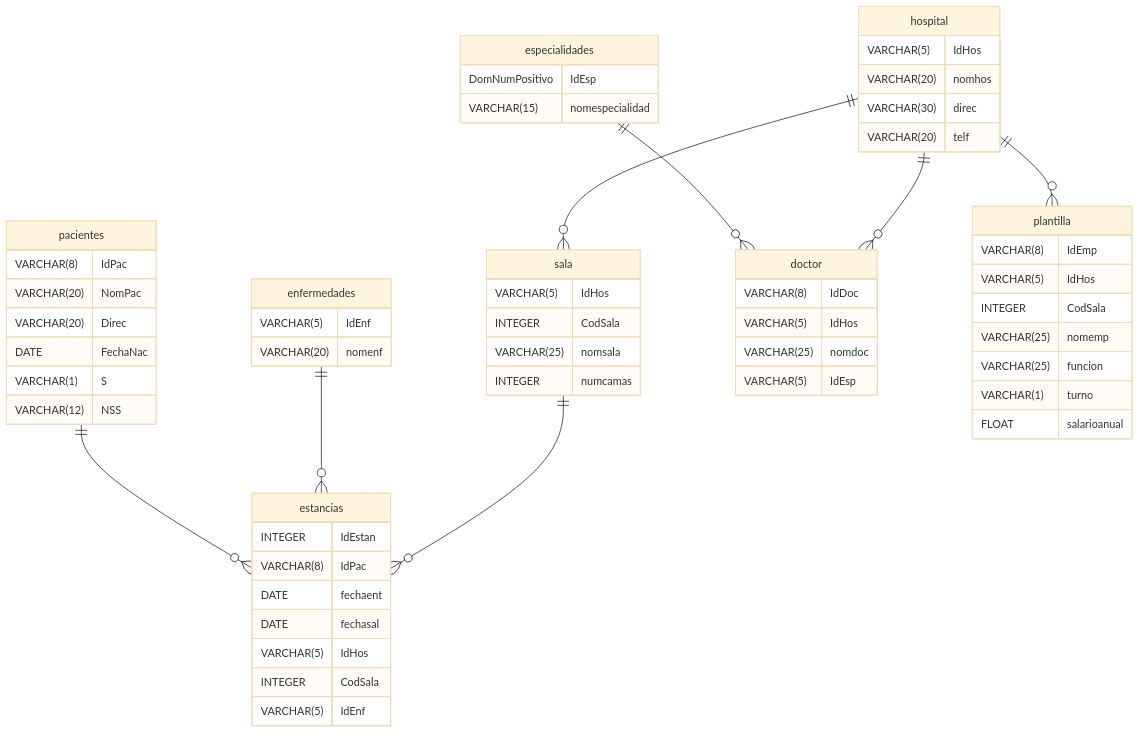
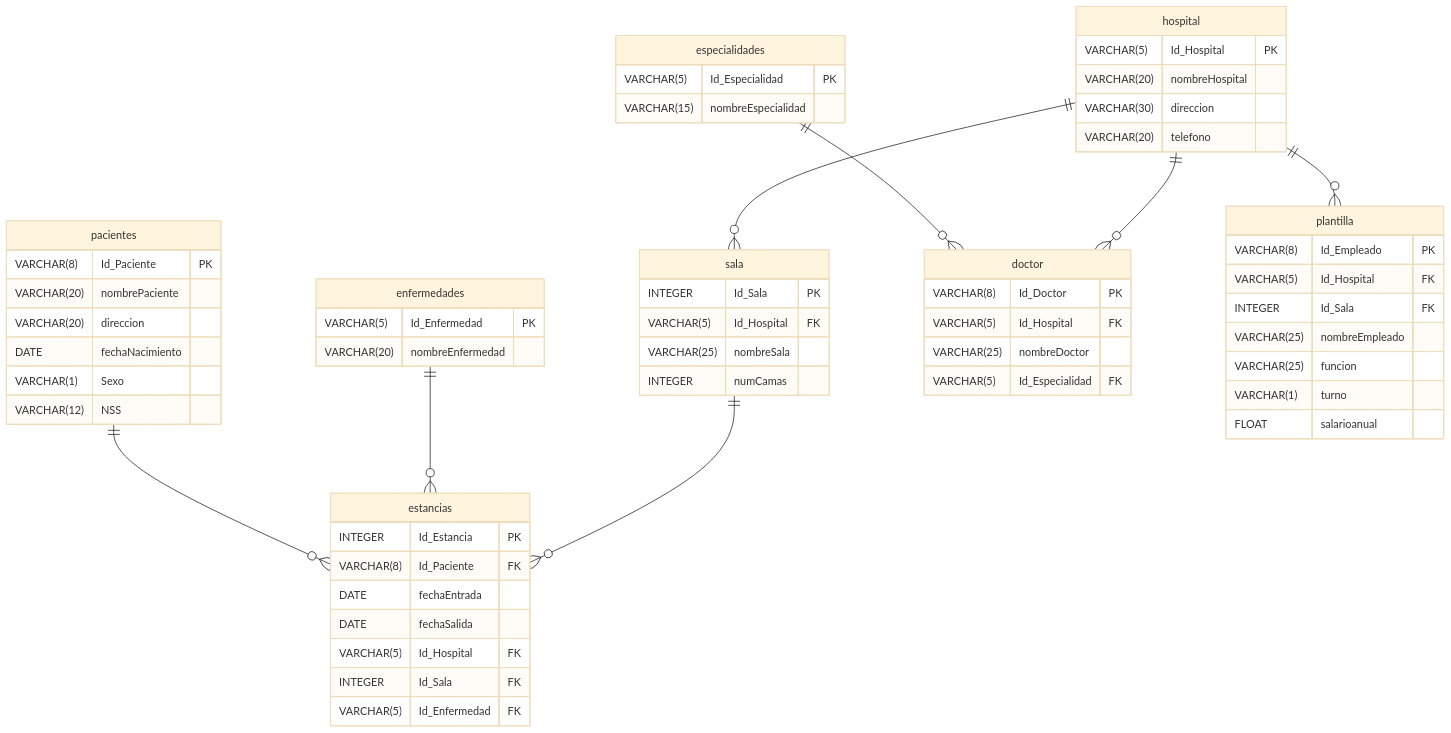
One commit to augustocristian/teaching-resources changed the second of 4 diagrams in EPIG-IND-ComputerScienceFundamentals/exercises/2_exercises_BBDD.md. Above: the diagram before and after it, drawn with Mermaid (base theme). The commit also changed other lines of this file and 6 other files, not shown here.

````diff
--- a/EPIG-IND-ComputerScienceFundamentals/exercises/2_exercises_BBDD.md
+++ b/EPIG-IND-ComputerScienceFundamentals/exercises/2_exercises_BBDD.md
@@ -135,72 +135,72 @@
 ```mermaid
 erDiagram
     hospital {
-        VARCHAR(5) IdHos
-        VARCHAR(20) nomhos
-        VARCHAR(30) direc
-        VARCHAR(20) telf
+        VARCHAR(5) Id_Hospital PK
+        VARCHAR(20) nombreHospital
+        VARCHAR(30) direccion
+        VARCHAR(20) telefono
     }
 
     pacientes {
-        VARCHAR(8) IdPac
-        VARCHAR(20) NomPac
-        VARCHAR(20) Direc
-        DATE FechaNac
-        VARCHAR(1) S
+        VARCHAR(8) Id_Paciente PK
+        VARCHAR(20) nombrePaciente
+        VARCHAR(20) direccion
+        DATE fechaNacimiento
+        VARCHAR(1) Sexo
         VARCHAR(12) NSS
     }
 
     enfermedades {
-        VARCHAR(5) IdEnf
-        VARCHAR(20) nomenf
+        VARCHAR(5) Id_Enfermedad PK
+        VARCHAR(20) nombreEnfermedad
     }
 
     estancias {
-        INTEGER IdEstan
-        VARCHAR(8) IdPac
-        DATE fechaent
-        DATE fechasal
-        VARCHAR(5) IdHos
-        INTEGER CodSala
-        VARCHAR(5) IdEnf
+        INTEGER Id_Estancia PK
+        VARCHAR(8) Id_Paciente FK
+        DATE fechaEntrada
+        DATE fechaSalida
+        VARCHAR(5) Id_Hospital FK
+        INTEGER Id_Sala FK
+        VARCHAR(5) Id_Enfermedad FK
     }
 
     sala {
-        VARCHAR(5) IdHos
-        INTEGER CodSala
-        VARCHAR(25) nomsala
-        INTEGER numcamas
+        INTEGER Id_Sala PK
+        VARCHAR(5) Id_Hospital FK
+        VARCHAR(25) nombreSala
+        INTEGER numCamas
     }
 
     doctor {
-        VARCHAR(8) IdDoc
-        VARCHAR(5) IdHos
-        VARCHAR(25) nomdoc
-        VARCHAR(5) IdEsp
+        VARCHAR(8) Id_Doctor PK
+        VARCHAR(5) Id_Hospital FK
+        VARCHAR(25) nombreDoctor
+        VARCHAR(5) Id_Especialidad FK
     }
 
     plantilla {
-        VARCHAR(8) IdEmp
-        VARCHAR(5) IdHos
-        INTEGER CodSala
-        VARCHAR(25) nomemp
+        VARCHAR(8) Id_Empleado PK
+        VARCHAR(5) Id_Hospital FK
+        INTEGER Id_Sala FK
+        VARCHAR(25) nombreEmpleado
         VARCHAR(25) funcion
         VARCHAR(1) turno
         FLOAT salarioanual
     }
 
     especialidades {
-        DomNumPositivo IdEsp
-        VARCHAR(15) nomespecialidad
+        VARCHAR(5) Id_Especialidad PK
+        VARCHAR(15) nombreEspecialidad
     }
 
 %% Relaciones
     especialidades ||--o{ doctor: ""
     pacientes ||--o{ estancias: ""
     enfermedades ||--o{ estancias: ""
     hospital ||--o{ sala: ""
     hospital ||--o{ doctor: ""
     sala ||--o{ estancias: ""
     hospital ||--o{ plantilla: ""
 
 ```
````
